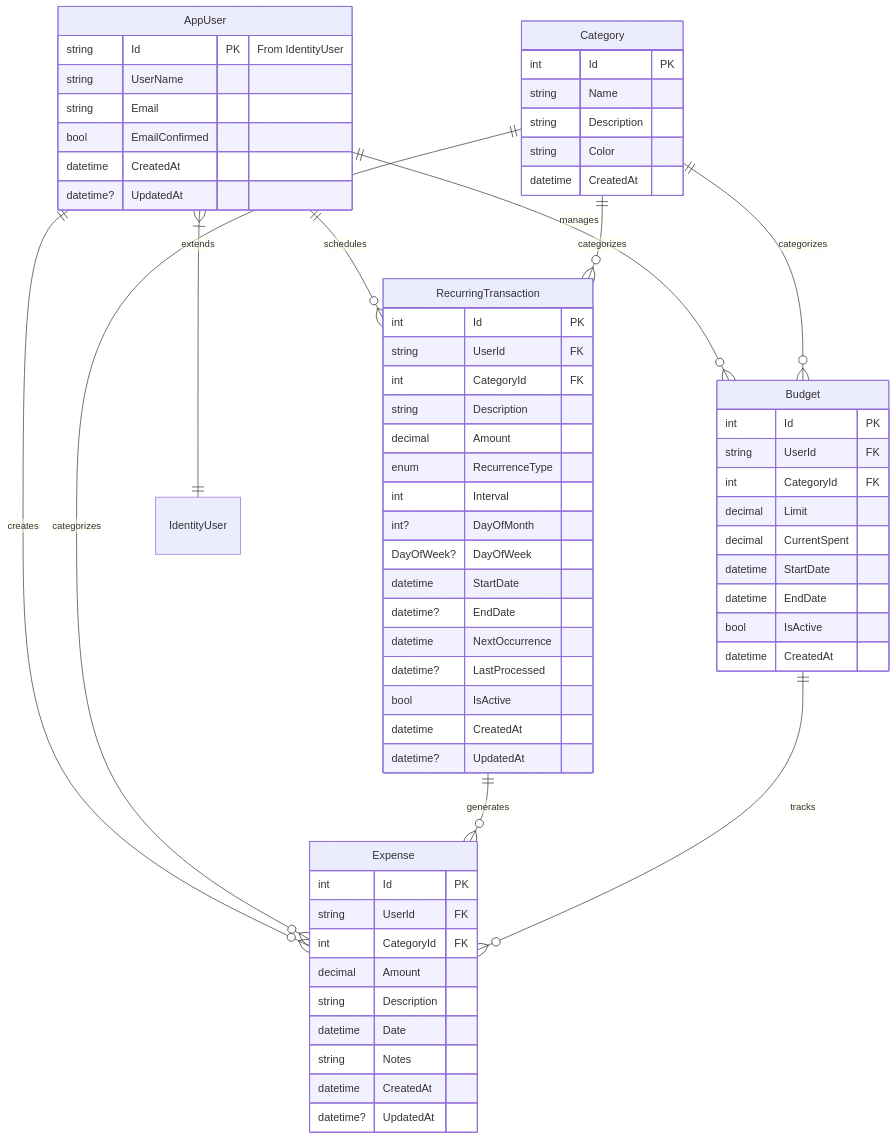
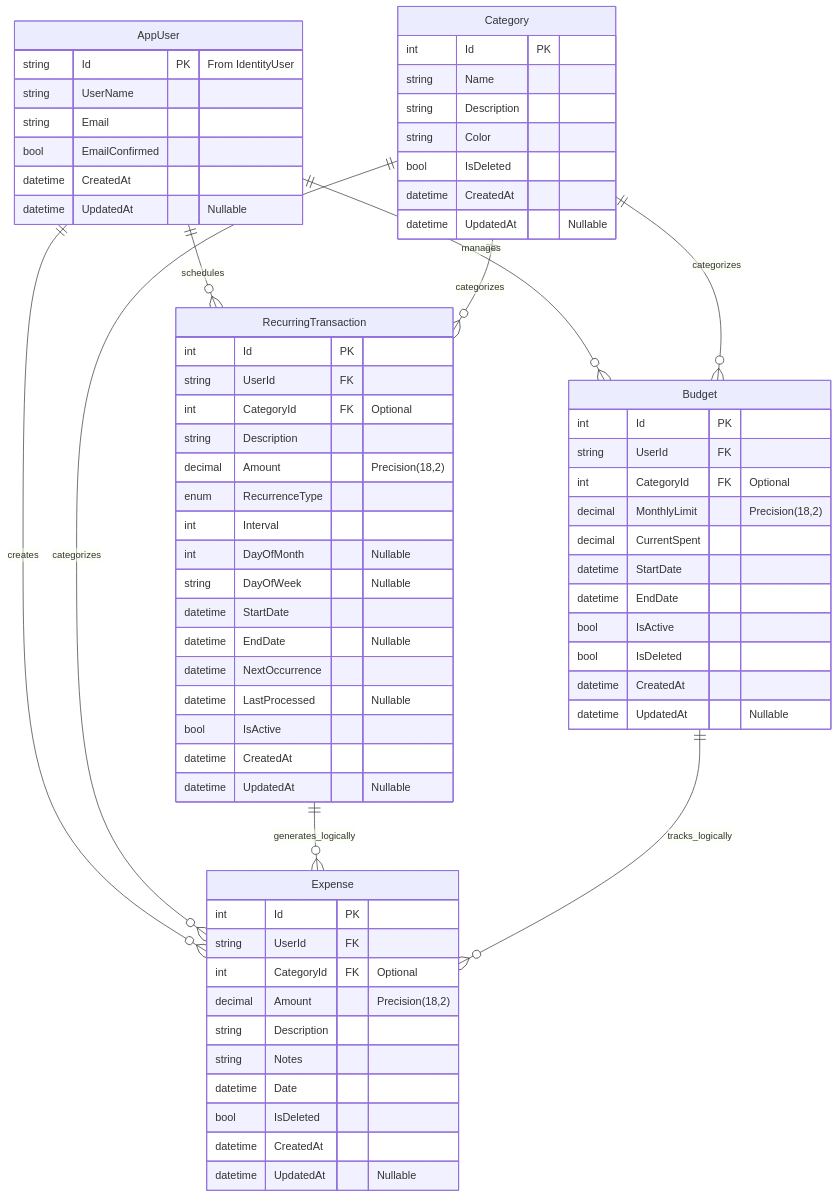
One commit to coder-pro10z/money-pilot changed the second of 2 diagrams in Backend.md. Above: the diagram before and after it, drawn with Mermaid. The commit also changed other lines of this file, not shown here.

Commit message:
Refactor project structure and update ER diagram

````diff
--- a/Backend.md
+++ b/Backend.md
@@ -210,74 +265,79 @@
 ```mermaid
 erDiagram
+
     AppUser ||--o{ Expense : creates
     AppUser ||--o{ Budget : manages
     AppUser ||--o{ RecurringTransaction : schedules
-    AppUser }|--|| IdentityUser : extends
-    
+
     Category ||--o{ Expense : categorizes
     Category ||--o{ RecurringTransaction : categorizes
     Category ||--o{ Budget : categorizes
-    
-    RecurringTransaction ||--o{ Expense : generates
-    Budget ||--o{ Expense : tracks
-    
+
+    RecurringTransaction ||--o{ Expense : generates_logically
+    Budget ||--o{ Expense : tracks_logically
+
     AppUser {
         string Id PK "From IdentityUser"
         string UserName
         string Email
         bool EmailConfirmed
         datetime CreatedAt
-        datetime? UpdatedAt
+        datetime UpdatedAt "Nullable"
     }
-    
-    Expense {
-        int Id PK
-        string UserId FK
-        int CategoryId FK
-        decimal Amount
-        string Description
-        datetime Date
-        string Notes
-        datetime CreatedAt
-        datetime? UpdatedAt
-    }
-    
-    Budget {
-        int Id PK
-        string UserId FK
-        int CategoryId FK
-        decimal Limit
-        decimal CurrentSpent
-        datetime StartDate
-        datetime EndDate
-        bool IsActive
-        datetime CreatedAt
-    }
-    
+
     Category {
         int Id PK
         string Name
         string Description
         string Color
+        bool IsDeleted
         datetime CreatedAt
+        datetime UpdatedAt "Nullable"
     }
-    
+
+    Expense {
+        int Id PK
+        string UserId FK
+        int CategoryId FK "Optional"
+        decimal Amount "Precision(18,2)"
+        string Description
+        string Notes
+        datetime Date
+        bool IsDeleted
+        datetime CreatedAt
+        datetime UpdatedAt "Nullable"
+    }
+
+    Budget {
+        int Id PK
+        string UserId FK
+        int CategoryId FK "Optional"
+        decimal MonthlyLimit "Precision(18,2)"
+        decimal CurrentSpent
+        datetime StartDate
+        datetime EndDate
+        bool IsActive
+        bool IsDeleted
+        datetime CreatedAt
+        datetime UpdatedAt "Nullable"
+    }
+
     RecurringTransaction {
         int Id PK
         string UserId FK
-        int CategoryId FK
+        int CategoryId FK "Optional"
         string Description
-        decimal Amount
+        decimal Amount "Precision(18,2)"
         enum RecurrenceType
         int Interval
-        int? DayOfMonth
-        DayOfWeek? DayOfWeek
+        int DayOfMonth "Nullable"
+        string DayOfWeek "Nullable"
         datetime StartDate
-        datetime? EndDate
+        datetime EndDate "Nullable"
         datetime NextOccurrence
-        datetime? LastProcessed
+        datetime LastProcessed "Nullable"
         bool IsActive
         datetime CreatedAt
-        datetime? UpdatedAt
+        datetime UpdatedAt "Nullable"
     }
 ```
````
